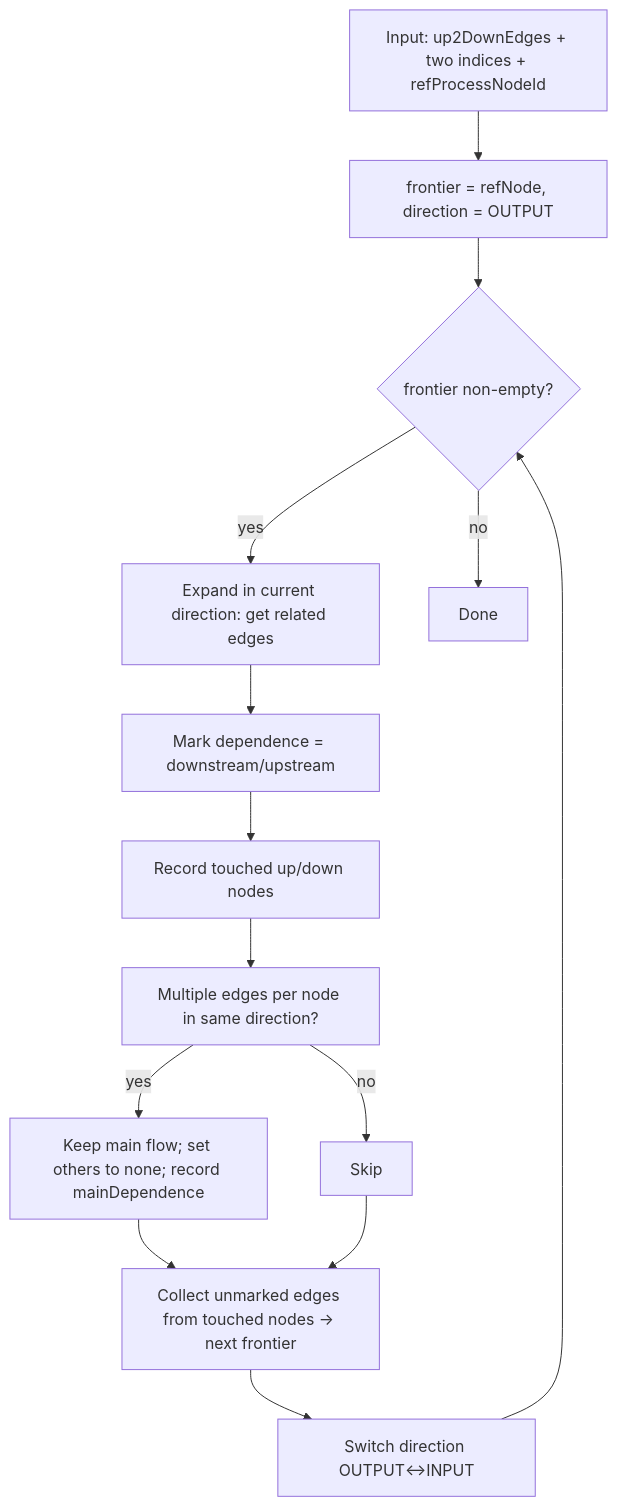
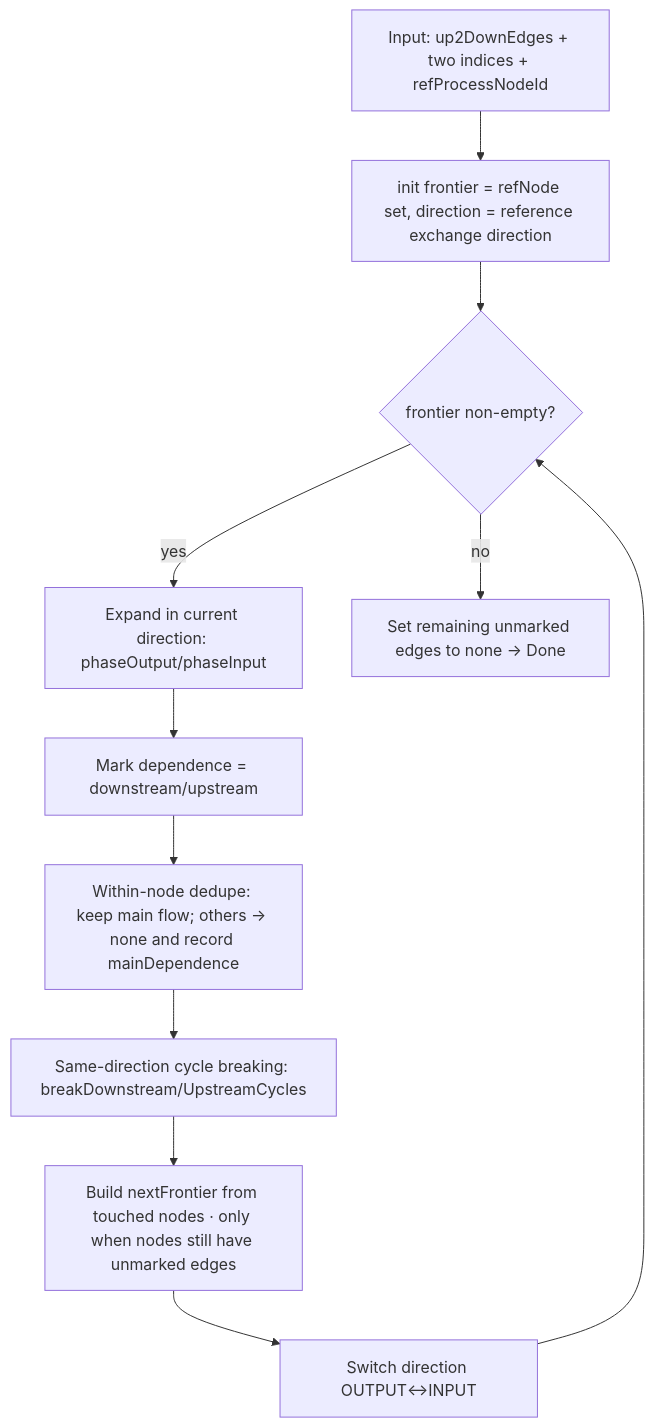
One commit to linancn/tiangong-lca-next changed the third of 12 diagrams in .github/prompts/util_calculate.prompt.md. Above: the diagram before and after it, drawn with Mermaid. The commit also changed other lines of this file and 2 other files, not shown here.

````diff
--- a/.github/prompts/util_calculate.prompt.md
+++ b/.github/prompts/util_calculate.prompt.md
@@ -223,16 +230,14 @@
 ```mermaid
 graph TD
-  A[Input: up2DownEdges + two indices + refProcessNodeId] --> B[frontier = refNode, direction = OUTPUT]
+  A[Input: up2DownEdges + two indices + refProcessNodeId]
+  A --> B[init frontier = refNode set, direction = reference exchange direction]
   B --> C{frontier non-empty?}
-  C -->|yes| D[Expand in current direction: get related edges]
+  C -->|yes| D[Expand in current direction: phaseOutput/phaseInput]
   D --> E[Mark dependence = downstream/upstream]
-  E --> F[Record touched up/down nodes]
-  F --> G[Multiple edges per node in same direction?]
-  G -->|yes| H[Keep main flow; set others to none; record mainDependence]
-  G -->|no| I[Skip]
-  H --> J[Collect unmarked edges from touched nodes → next frontier]
-  I --> J
-  J --> K[Switch direction OUTPUT<->INPUT]
-  K --> C
-  C -->|no| L[Done]
+  E --> F[Within-node dedupe: keep main flow; others → none and record mainDependence]
+  F --> G[Same-direction cycle breaking: breakDownstream/UpstreamCycles]
+  G --> H[Build nextFrontier from touched nodes · only when nodes still have unmarked edges]
+  H --> I[Switch direction OUTPUT<->INPUT]
+  I --> C
+  C -->|no| J[Set remaining unmarked edges to none → Done]
 ```
````
